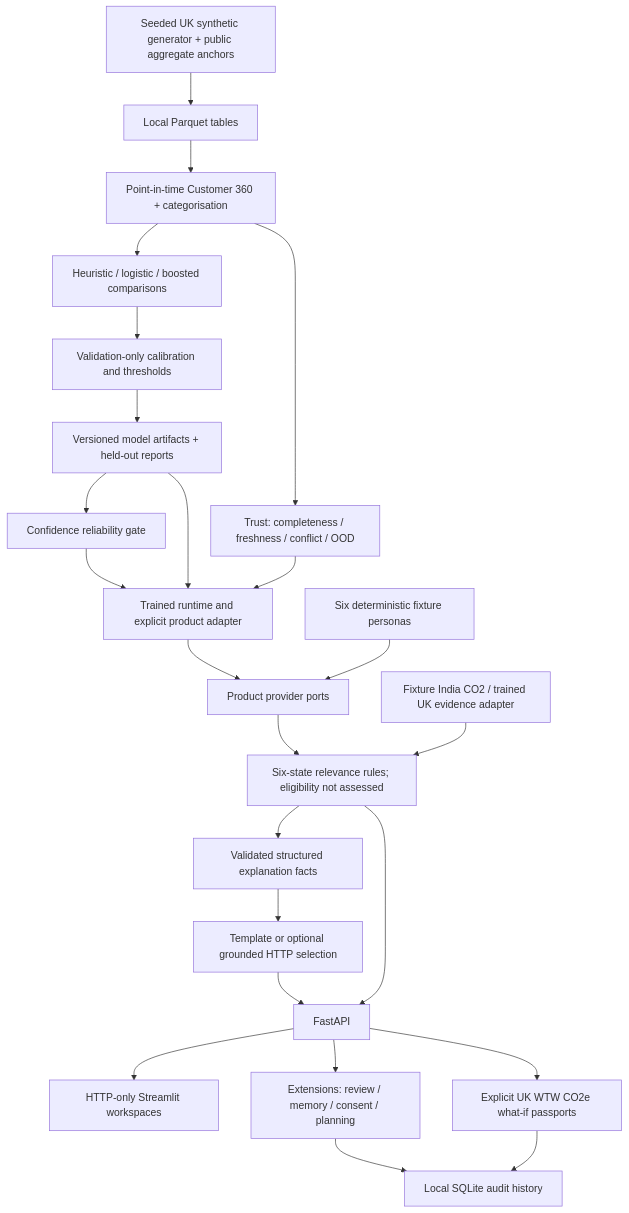
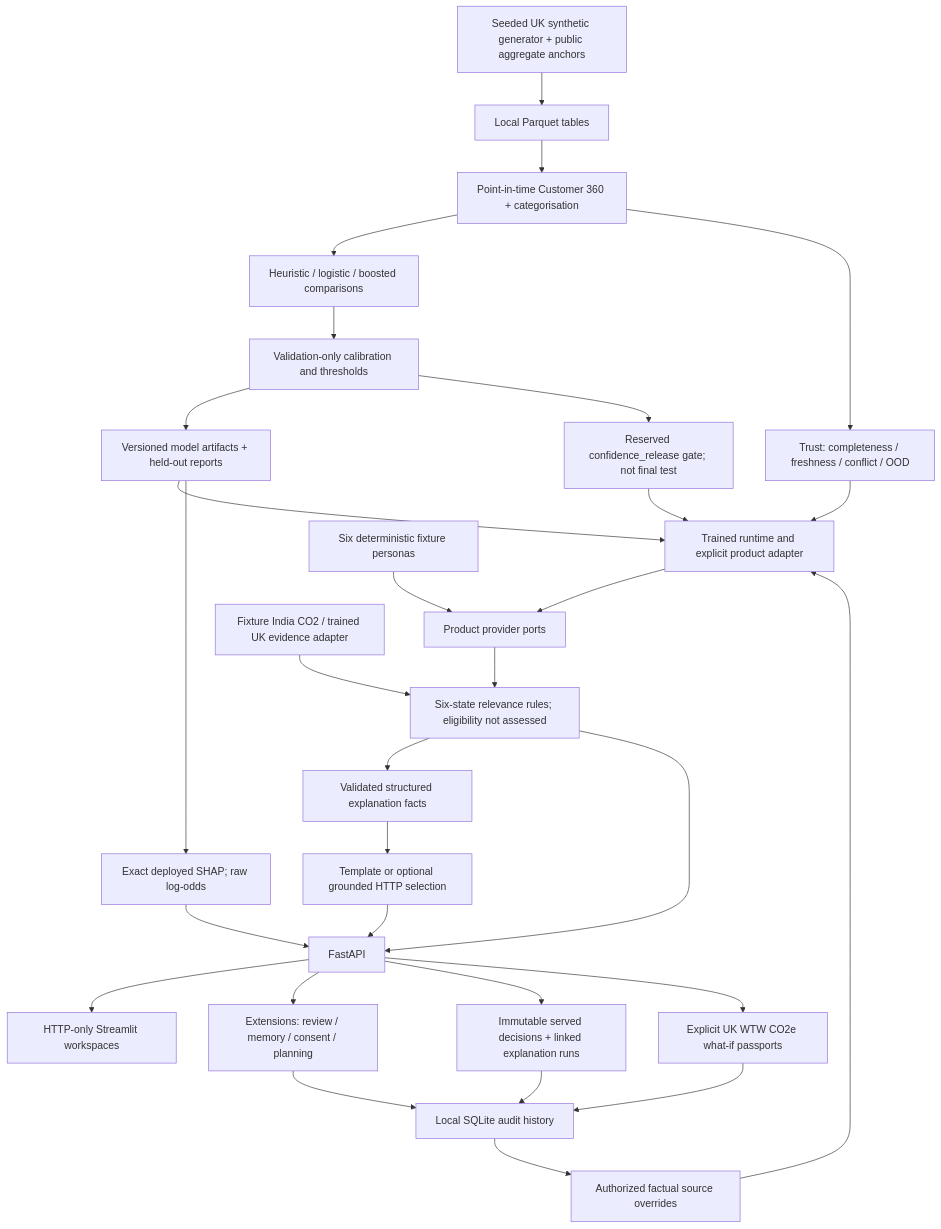
One commit to shouryadixitisverycool/Megathon-26-Lloyds-A changed the diagram in ARCHITECTURE.md. Above: the diagram before and after it, drawn with Mermaid. The commit also changed other lines of this file and 106 other files, not shown here.

````diff
--- a/ARCHITECTURE.md
+++ b/ARCHITECTURE.md
@@ -5,26 +5,32 @@
 ```mermaid
 flowchart TD
     G[Seeded UK synthetic generator + public aggregate anchors] --> D[Local Parquet tables]
     D --> C[Point-in-time Customer 360 + categorisation]
     C --> M[Heuristic / logistic / boosted comparisons]
     M --> V[Validation-only calibration and thresholds]
     V --> A[Versioned model artifacts + held-out reports]
     C --> T[Trust: completeness / freshness / conflict / OOD]
-    A --> Q[Confidence reliability gate]
+    V --> Q[Reserved confidence_release gate; not final test]
     A --> R[Trained runtime and explicit product adapter]
     T --> R
     Q --> R
     F[Six deterministic fixture personas] --> P[Product provider ports]
     R --> P
     P --> E[Six-state relevance rules; eligibility not assessed]
     I[Fixture India CO2 / trained UK evidence adapter] --> E
     E --> X[Validated structured explanation facts]
     X --> L[Template or optional grounded HTTP selection]
     L --> H[FastAPI]
     E --> H
     H --> U[HTTP-only Streamlit workspaces]
     H --> S[Extensions: review / memory / consent / planning]
     S --> B[Local SQLite audit history]
+    H --> J[Immutable served decisions + linked explanation runs]
+    J --> B
+    B --> O[Authorized factual source overrides]
+    O --> R
+    A --> Z[Exact deployed SHAP; raw log-odds]
+    Z --> H
     H --> K[Explicit UK WTW CO2e what-if passports]
     K --> B
 ```
````
